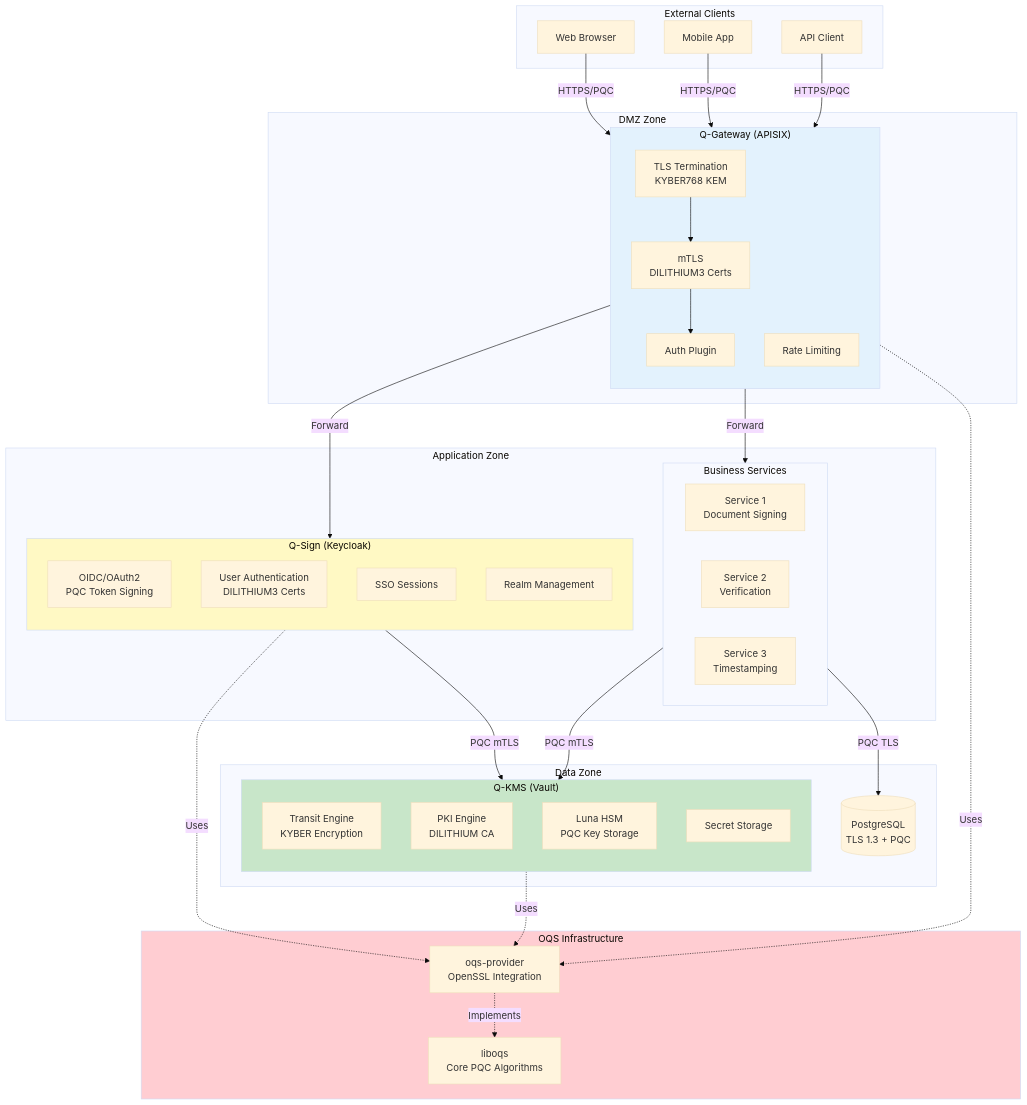
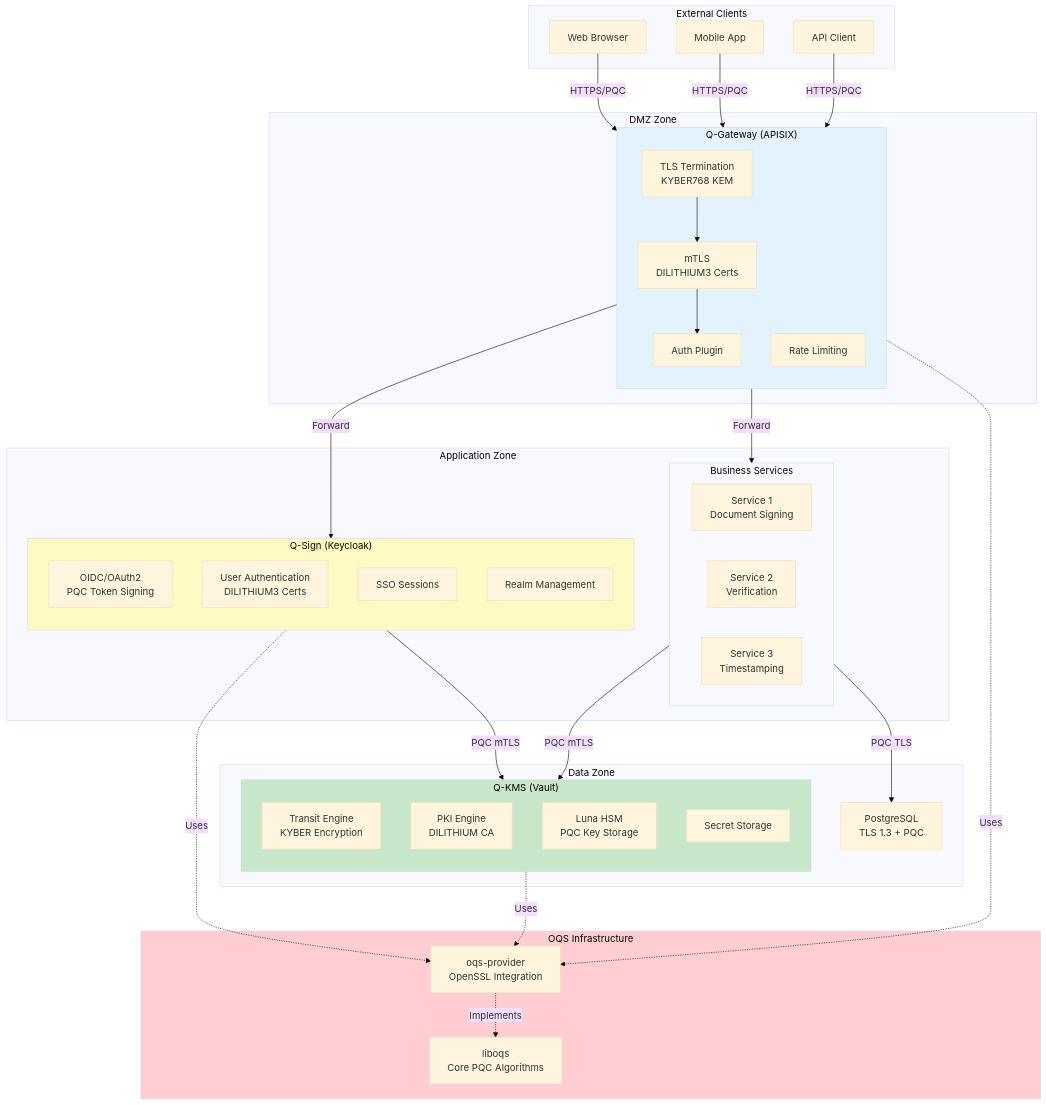
The first of 10 diagrams in 10-OQS/OQS-QSIGN-INTEGRATION.md (infeelchoi/q-docs), drawn with Mermaid (base theme) before and after one commit. The commit also changed other lines of this file and 12 other files, not shown here.

First line of the commit message:
🔧 Mermaid 다이어그램 괄호 패턴 파싱 오류 수정

````diff
--- a/10-OQS/OQS-QSIGN-INTEGRATION.md
+++ b/10-OQS/OQS-QSIGN-INTEGRATION.md
@@ -23,74 +23,74 @@
 ```mermaid
 graph TB
     subgraph EXTERNAL["External Clients"]
         WEB[Web Browser]
         MOBILE[Mobile App]
         API_CLIENT[API Client]
     end
 
     subgraph DMZ["DMZ Zone"]
         subgraph GATEWAY["Q-Gateway (APISIX)"]
             direction TB
             TLS_TERM[TLS Termination<br/>KYBER768 KEM]
             MTLS[mTLS<br/>DILITHIUM3 Certs]
             RATE[Rate Limiting]
             AUTH_PLUGIN[Auth Plugin]
         end
     end
 
     subgraph APP_ZONE["Application Zone"]
         subgraph KEYCLOAK["Q-Sign (Keycloak)"]
             direction TB
             OIDC[OIDC/OAuth2<br/>PQC Token Signing]
             USER_AUTH[User Authentication<br/>DILITHIUM3 Certs]
             SSO[SSO Sessions]
             REALM[Realm Management]
         end
 
         subgraph SERVICES["Business Services"]
             SVC1[Service 1<br/>Document Signing]
             SVC2[Service 2<br/>Verification]
             SVC3[Service 3<br/>Timestamping]
         end
     end
 
     subgraph DATA_ZONE["Data Zone"]
         subgraph VAULT["Q-KMS (Vault)"]
             direction TB
             TRANSIT[Transit Engine<br/>KYBER Encryption]
             PKI[PKI Engine<br/>DILITHIUM CA]
             HSM[Luna HSM<br/>PQC Key Storage]
             SECRETS[Secret Storage]
         end
 
-        DB[(PostgreSQL<br/>TLS 1.3 + PQC)]
+        DB["PostgreSQL<br/>TLS 1.3 + PQC"]
     end
 
     subgraph OQS_LAYER["OQS Infrastructure"]
         LIBOQS[liboqs<br/>Core PQC Algorithms]
         OQS_PROV[oqs-provider<br/>OpenSSL Integration]
     end
 
     WEB -->|HTTPS/PQC| TLS_TERM
     MOBILE -->|HTTPS/PQC| TLS_TERM
     API_CLIENT -->|HTTPS/PQC| TLS_TERM
 
     TLS_TERM --> MTLS
     MTLS --> AUTH_PLUGIN
     AUTH_PLUGIN -->|Forward| KEYCLOAK
     AUTH_PLUGIN -->|Forward| SERVICES
 
     KEYCLOAK -->|PQC mTLS| VAULT
     SERVICES -->|PQC mTLS| VAULT
     SERVICES -->|PQC TLS| DB
 
     GATEWAY -.->|Uses| OQS_PROV
     KEYCLOAK -.->|Uses| OQS_PROV
     VAULT -.->|Uses| OQS_PROV
     OQS_PROV -.->|Implements| LIBOQS
 
     style GATEWAY fill:#e3f2fd
     style KEYCLOAK fill:#fff9c4
     style VAULT fill:#c8e6c9
     style OQS_LAYER fill:#ffcdd2
 ```
````
